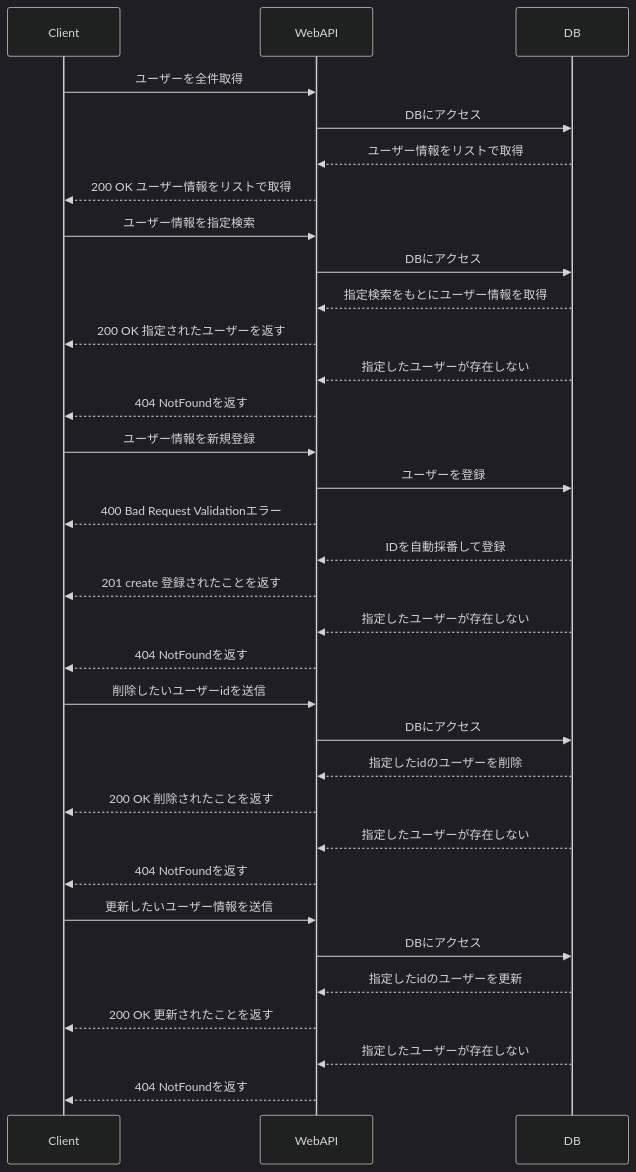
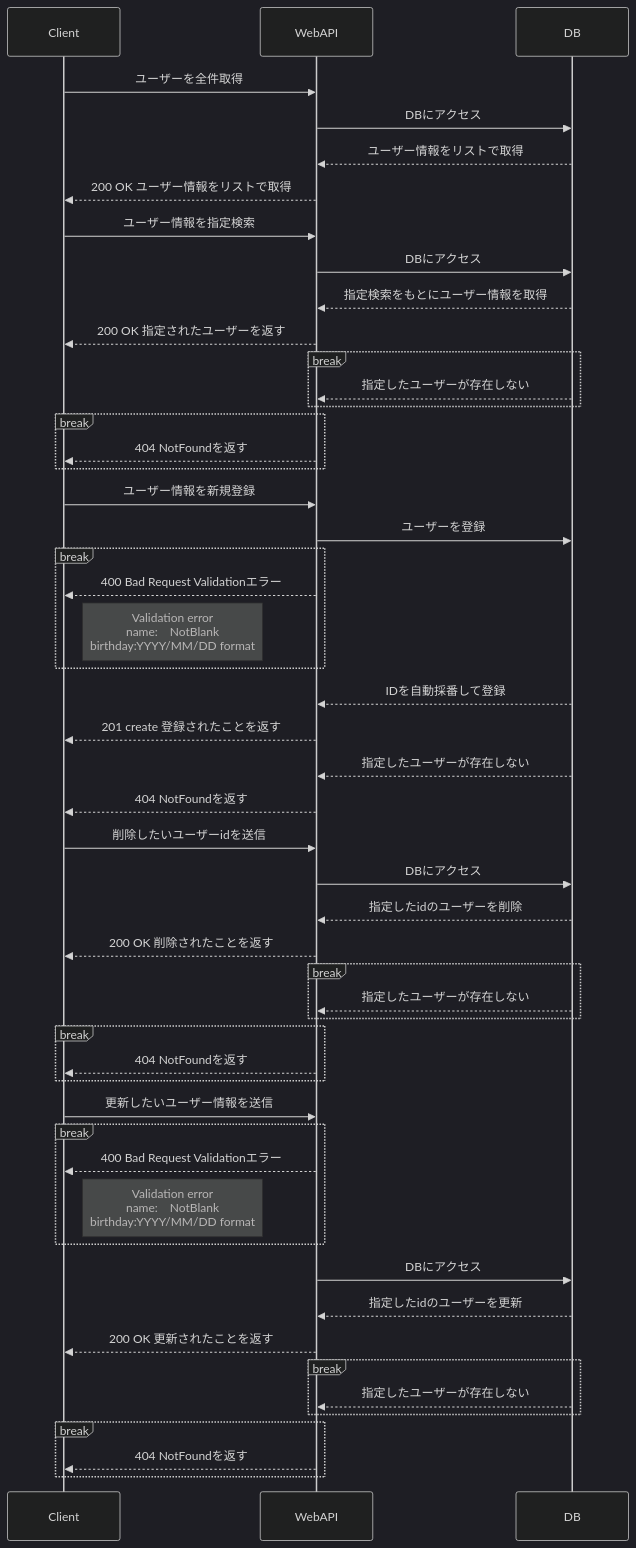
One commit to u-1pena/SequenceDiagram changed the diagram in README.md. Above: the diagram before and after it, drawn with Mermaid (dark theme).

Commit message:
SequenceDiagramにbreakを追加

````diff
--- a/README.md
+++ b/README.md
@@ -3,42 +3,64 @@
 ```mermaid
 sequenceDiagram
     Client ->> WebAPI:ユーザーを全件取得
     WebAPI ->> DB:DBにアクセス
     DB -->> WebAPI:ユーザー情報をリストで取得
     WebAPI -->> Client:200 OK ユーザー情報をリストで取得
 
  Client ->> WebAPI:ユーザー情報を指定検索
 　　WebAPI ->> DB:DBにアクセス
 　　DB -->> WebAPI:指定検索をもとにユーザー情報を取得
-　　WebAPI -->> Client:200 OK 指定されたユーザーを返す
-　　　　　　　　　　　　　DB -->> WebAPI:指定したユーザーが存在しない
-　　　　　　　　　　　　　WebAPI -->> Client:404 NotFoundを返す
+WebAPI -->> Client:200 OK 指定されたユーザーを返す
+break
+ DB-->>WebAPI:指定したユーザーが存在しない
+end
+break
+WebAPI -->> Client:404 NotFoundを返す
+end
 
 Client ->> WebAPI:ユーザー情報を新規登録
 　　WebAPI ->> DB:ユーザーを登録
+break
 WebAPI　-->> Client:400 Bad Request Validationエラー
+ participant Client
+    Note right of Client: Validation error<br/>name:　NotBlank<br/>birthday:YYYY/MM/DD format
+end
 　　DB -->> WebAPI:IDを自動採番して登録
 　　WebAPI -->> Client:201 create 登録されたことを返す
 　　　　　　　　　　　　　DB -->> WebAPI:指定したユーザーが存在しない
 　　　　　　　　　　　　　WebAPI -->> Client:404 NotFoundを返す
 
 Client ->> WebAPI:削除したいユーザーidを送信
 　　WebAPI ->> DB:DBにアクセス
 　　DB -->>　WebAPI:指定したidのユーザーを削除
 　　WebAPI -->> Client:200 OK 削除されたことを返す
+break
 　　　　　　　　　　　　　DB -->> WebAPI:指定したユーザーが存在しない
+end
+break
 　　　　　　　　　　　　　WebAPI -->> Client:404 NotFoundを返す
+end
 
 Client ->> WebAPI:更新したいユーザー情報を送信
+break
+WebAPI -->> Client:400 Bad Request Validationエラー
+ participant Client
+    Note right of Client: Validation error<br/>name:　NotBlank<br/>birthday:YYYY/MM/DD format
+end
+
 　　WebAPI ->> DB:DBにアクセス
 　　DB -->>　WebAPI:指定したidのユーザーを更新
 　　WebAPI -->> Client:200 OK 更新されたことを返す
+break
 　　　　　　　　　　　　　DB -->> WebAPI:指定したユーザーが存在しない
+end
+break
 　　　　　　　　　　　　　WebAPI -->> Client:404 NotFoundを返す
+end
 
 
 
 
 
 
 ```
````
